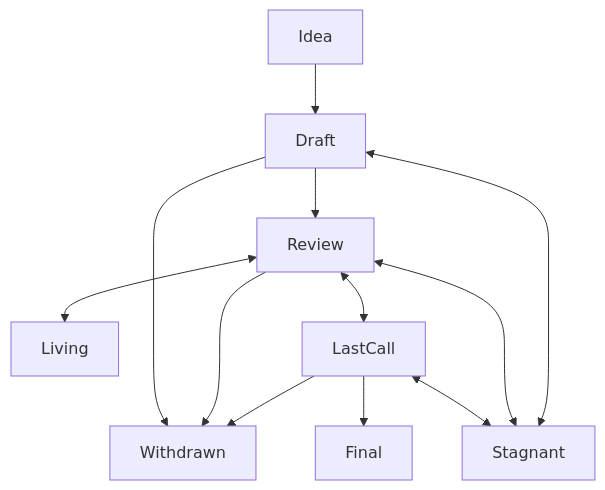
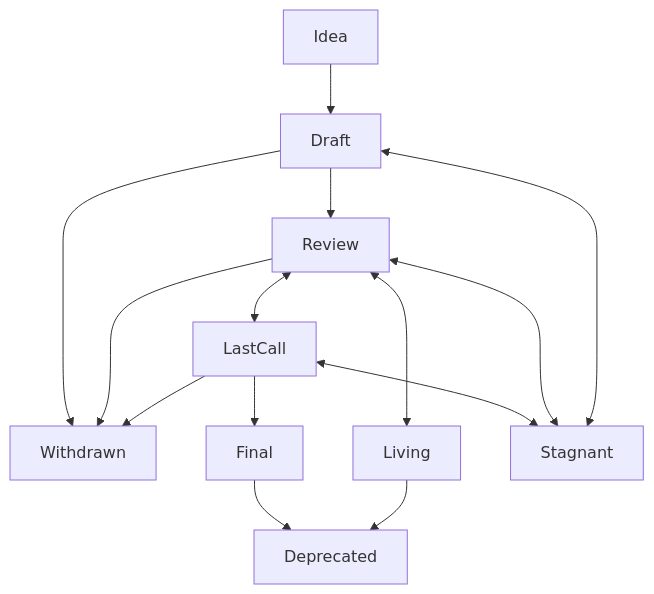
The diagram in README.md (decentraland/adr), drawn with Mermaid before and after one commit. The commit also changed 2 other files, not shown here.

Commit message:
Fixing graph

````diff
--- a/README.md
+++ b/README.md
@@ -29,19 +29,22 @@
 ```mermaid
 flowchart TB
     Draft --> Withdrawn
     Idea --> Draft
 
     Review <--> Living
     Draft --> Review
 
     Review <--> LastCall
     LastCall --> Final
 
     Review --> Withdrawn
     LastCall --> Withdrawn
-
+    
     LastCall <--> Stagnant
     Review <--> Stagnant
     Draft <--> Stagnant
-
+    
+    
+    Final --> Deprecated
+    Living --> Deprecated
 ```
````
